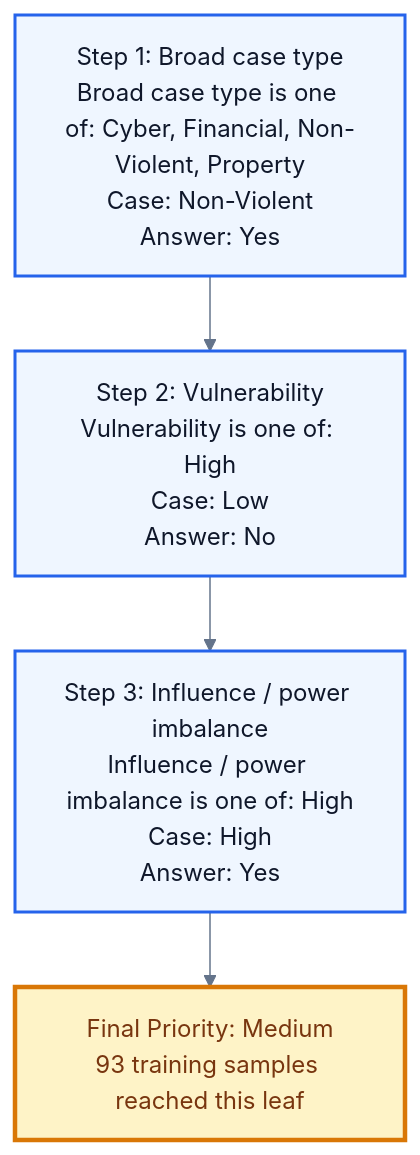
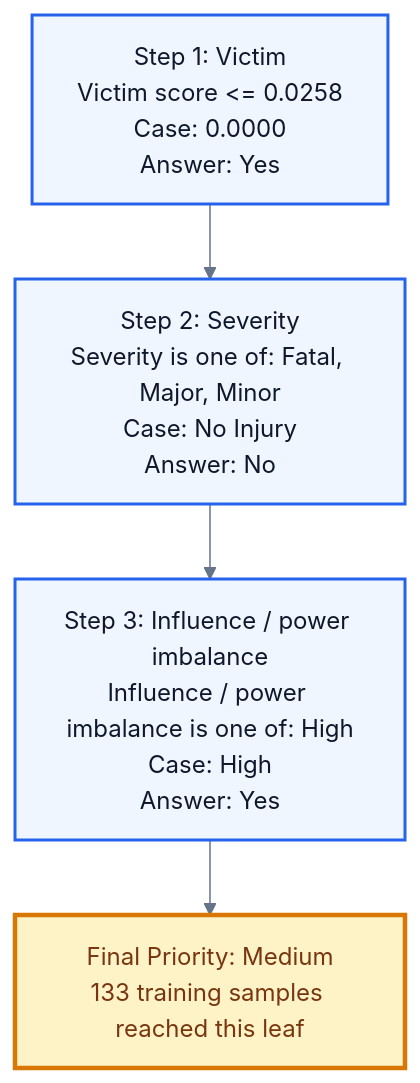
One commit to The-Yesh21/Anavaya-back-end changed the diagram in case_priority_system/decision_graphs/Alembic_Glass_Industries_Ltd_vs_Union_Of_India_And_Ors_on_1_January_1800_decision_report.md. Above: the diagram before and after it, drawn with Mermaid. The commit also changed other lines of this file and 40 other files, not shown here.

````diff
--- a/case_priority_system/decision_graphs/Alembic_Glass_Industries_Ltd_vs_Union_Of_India_And_Ors_on_1_January_1800_decision_report.md
+++ b/case_priority_system/decision_graphs/Alembic_Glass_Industries_Ltd_vs_Union_Of_India_And_Ors_on_1_January_1800_decision_report.md
@@ -107,13 +107,13 @@
 ```mermaid
 %%{init: {'theme': 'base', 'themeVariables': {'fontFamily': 'Inter, Arial', 'primaryColor': '#F8FAFC', 'primaryTextColor': '#0F172A', 'primaryBorderColor': '#64748B', 'lineColor': '#64748B'}} }%%
 flowchart TD
-  N0["Step 1: Broad case type<br/>Broad case type is one of: Cyber, Financial, Non-Violent, Property<br/>Case: Non-Violent<br/>Answer: Yes"]:::decision
-  N1["Step 2: Vulnerability<br/>Vulnerability is one of: High<br/>Case: Low<br/>Answer: No"]:::decision
+  N0["Step 1: Victim<br/>Victim score <= 0.0258<br/>Case: 0.0000<br/>Answer: Yes"]:::decision
+  N1["Step 2: Severity<br/>Severity is one of: Fatal, Major, Minor<br/>Case: No Injury<br/>Answer: No"]:::decision
   N0 --> N1
   N2["Step 3: Influence / power imbalance<br/>Influence / power imbalance is one of: High<br/>Case: High<br/>Answer: Yes"]:::decision
   N1 --> N2
-  N3["Final Priority: Medium<br/>93 training samples reached this leaf"]:::leaf
+  N3["Final Priority: Medium<br/>133 training samples reached this leaf"]:::leaf
   N2 --> N3
   classDef decision fill:#EFF6FF,stroke:#2563EB,stroke-width:2px,color:#0F172A;
   classDef leaf fill:#FEF3C7,stroke:#D97706,stroke-width:3px,color:#78350F;
 ```
````
